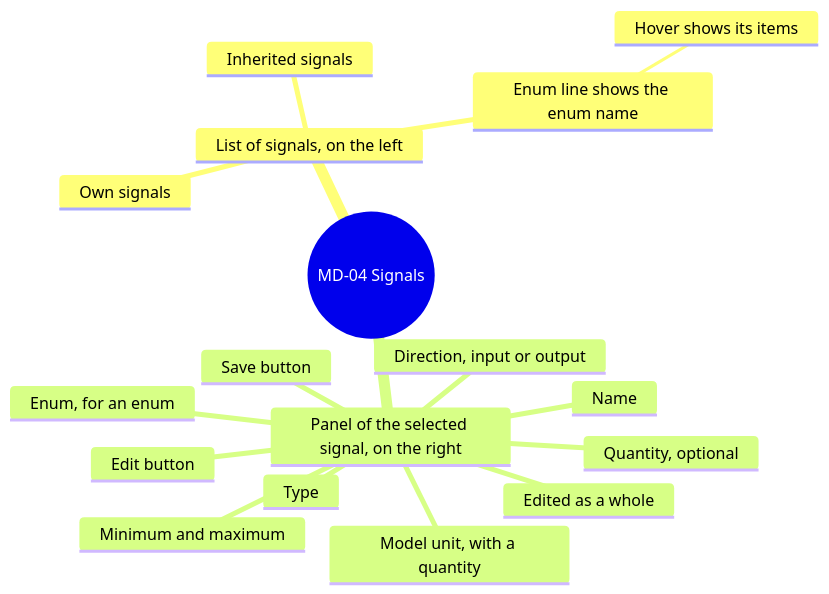
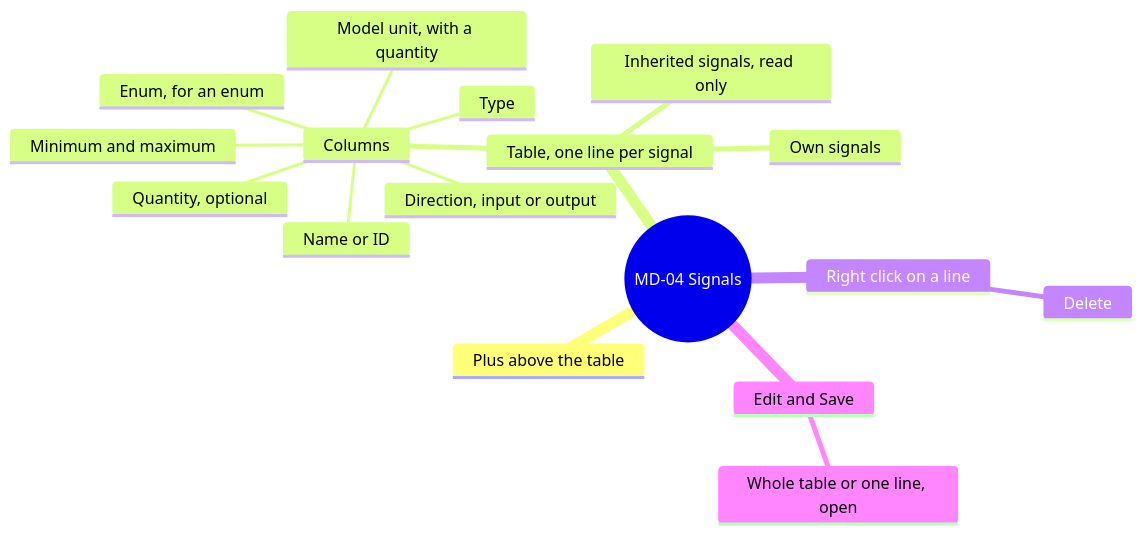
The seventh of 13 diagrams in screens/metadata.md (AlexandreGallais/synoptic-studio-spec), drawn with Mermaid before and after one commit. The commit also changed other lines of this file and 12 other files, not shown here.

First line of the commit message:
docs(spec): fix type parent and move signals and commands to tables

````diff
--- a/screens/metadata.md
+++ b/screens/metadata.md
@@ -169,20 +174,20 @@
 ```mermaid
 mindmap
   root((MD-04 Signals))
-    List of signals, on the left
+    Plus above the table
+    Table, one line per signal
       Own signals
-      Inherited signals
-      Enum line shows the enum name
-        Hover shows its items
-    Panel of the selected signal, on the right
-      Edited as a whole
-      Edit button
-      Name
-      Type
-      Enum, for an enum
-      Quantity, optional
-      Model unit, with a quantity
-      Minimum and maximum
-      Direction, input or output
-      Save button
+      Inherited signals, read only
+      Columns
+        Name or ID
+        Type
+        Enum, for an enum
+        Quantity, optional
+        Model unit, with a quantity
+        Minimum and maximum
+        Direction, input or output
+    Right click on a line
+      Delete
+    Edit and Save
+      Whole table or one line, open
 ```
````
